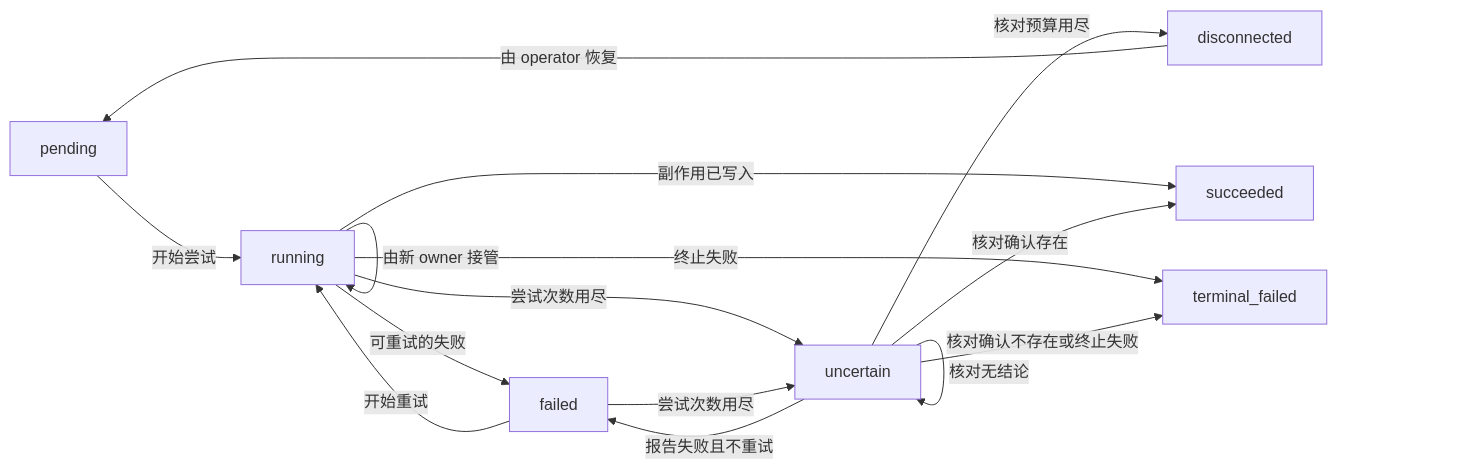
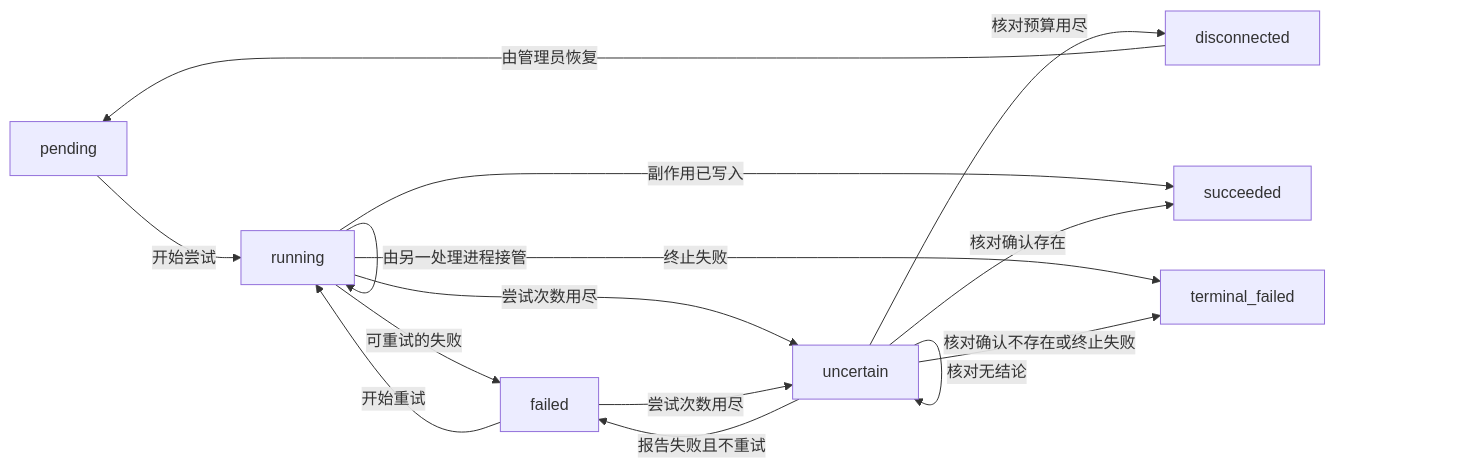
One commit to Agent-AI-Chalmers/sec-review-bot changed the fourth of 4 diagrams in contracts/review-runs-api/v1/STATE_MACHINES.zh.md. Above: the diagram before and after it, drawn with Mermaid. The commit also changed other lines of this file and 12 other files, not shown here.

````diff
--- a/contracts/review-runs-api/v1/STATE_MACHINES.zh.md
+++ b/contracts/review-runs-api/v1/STATE_MACHINES.zh.md
@@ -179,24 +179,24 @@
 ```mermaid
 flowchart LR
   publication_step_pending["pending"]
   publication_step_running["running"]
   publication_step_failed["failed"]
   publication_step_uncertain["uncertain"]
   publication_step_disconnected["disconnected"]
   publication_step_succeeded["succeeded"]
   publication_step_terminal_failed["terminal_failed"]
   publication_step_pending -->|"开始尝试"| publication_step_running
-  publication_step_running -->|"由新 owner 接管"| publication_step_running
+  publication_step_running -->|"由另一处理进程接管"| publication_step_running
   publication_step_failed -->|"开始重试"| publication_step_running
   publication_step_running -->|"副作用已写入"| publication_step_succeeded
   publication_step_running -->|"可重试的失败"| publication_step_failed
   publication_step_running -->|"终止失败"| publication_step_terminal_failed
   publication_step_running -->|"尝试次数用尽"| publication_step_uncertain
   publication_step_failed -->|"尝试次数用尽"| publication_step_uncertain
   publication_step_uncertain -->|"核对确认存在"| publication_step_succeeded
   publication_step_uncertain -->|"核对确认不存在或终止失败"| publication_step_terminal_failed
   publication_step_uncertain -->|"核对无结论"| publication_step_uncertain
   publication_step_uncertain -->|"核对预算用尽"| publication_step_disconnected
   publication_step_uncertain -->|"报告失败且不重试"| publication_step_failed
-  publication_step_disconnected -->|"由 operator 恢复"| publication_step_pending
+  publication_step_disconnected -->|"由管理员恢复"| publication_step_pending
 ```
````
